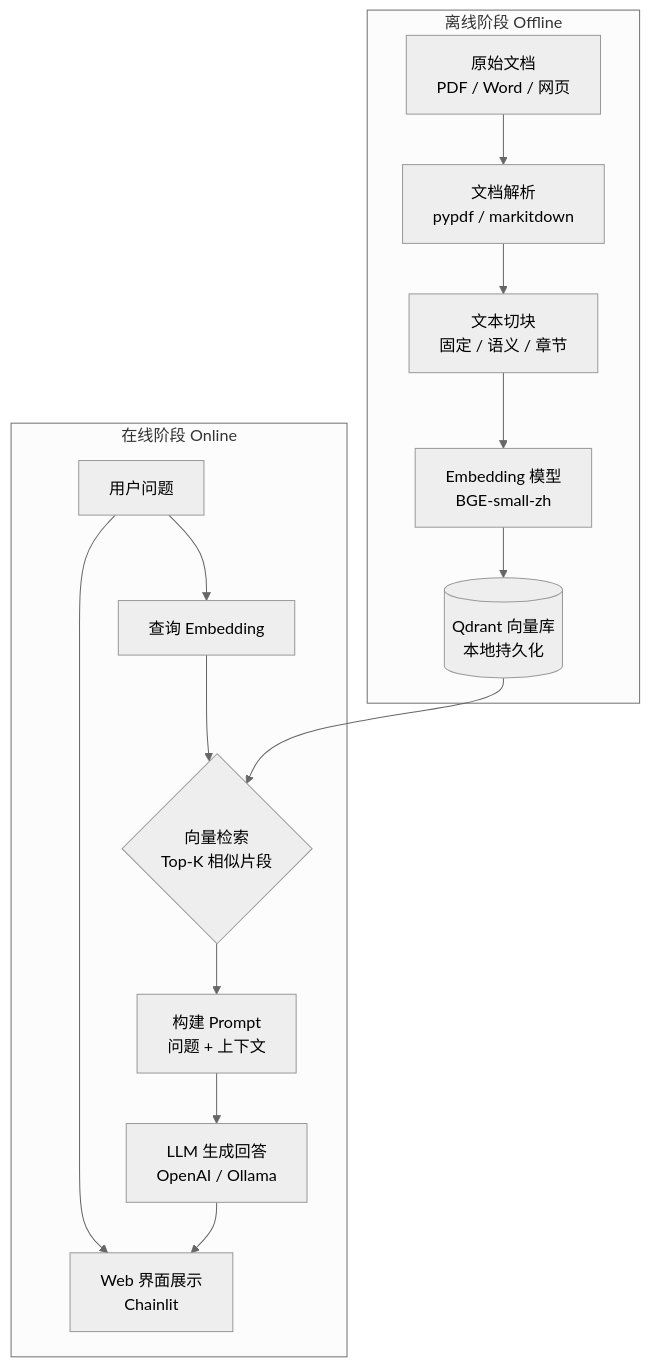
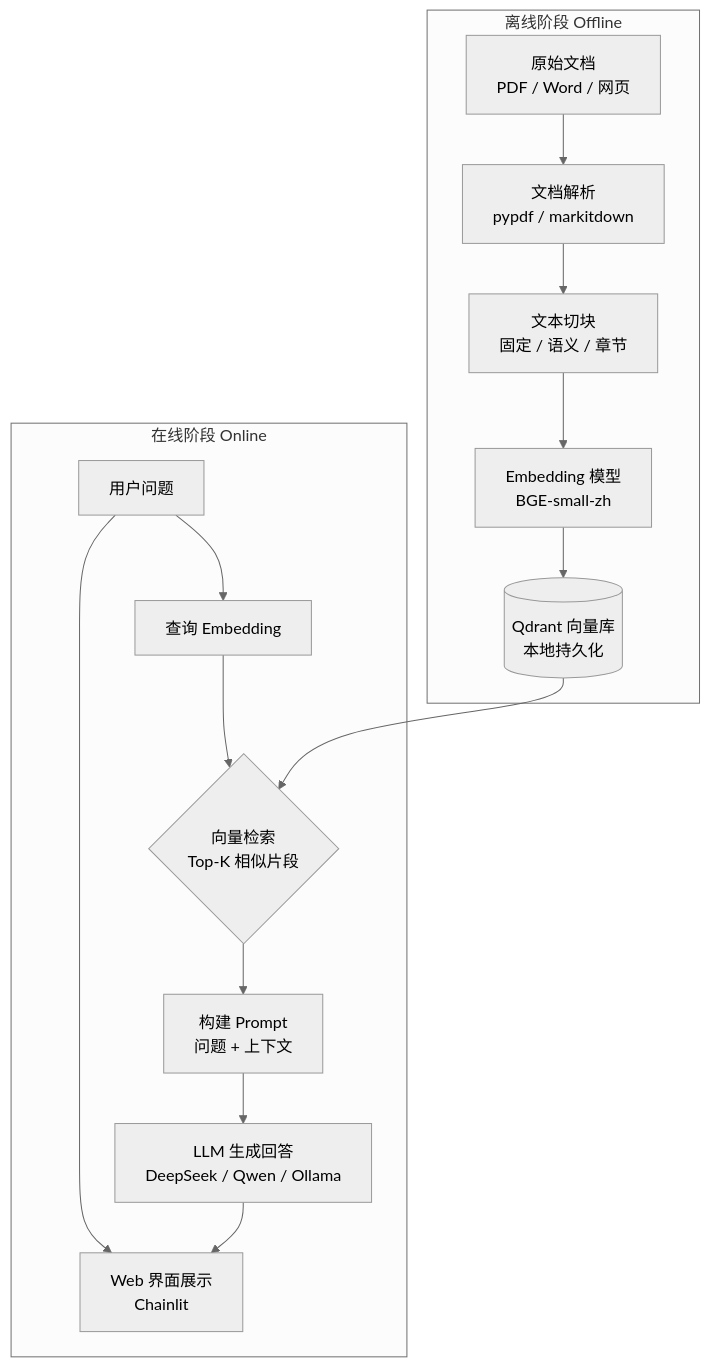
Before and after one commit to swf2020/AI-Agent-in-Practice: the diagram in docs/AI Agent 与大模型应用开发实战手册/第二章 RAG（检索增强生成）/2.4 【动手】从零搭建本地知识库问答系统.md, drawn with Mermaid (neutral theme). The commit also changed other lines of this file and 40 other files, not shown here.

````diff
--- a/docs/AI Agent 与大模型应用开发实战手册/第二章 RAG（检索增强生成）/2.4 【动手】从零搭建本地知识库问答系统.md
+++ b/docs/AI Agent 与大模型应用开发实战手册/第二章 RAG（检索增强生成）/2.4 【动手】从零搭建本地知识库问答系统.md
@@ -18,20 +18,20 @@
 ```mermaid
 graph TD
     subgraph 离线阶段 Offline
         A[原始文档<br/>PDF / Word / 网页] --> B[文档解析<br/>pypdf / markitdown]
         B --> C[文本切块<br/>固定 / 语义 / 章节]
         C --> D[Embedding 模型<br/>BGE-small-zh]
         D --> E[(Qdrant 向量库<br/>本地持久化)]
     end
 
     subgraph 在线阶段 Online
         F[用户问题] --> G[查询 Embedding]
         G --> H{向量检索<br/>Top-K 相似片段}
         E --> H
         H --> I[构建 Prompt<br/>问题 + 上下文]
-        I --> J[LLM 生成回答<br/>OpenAI / Ollama]
+        I --> J[LLM 生成回答<br/>DeepSeek / Qwen / Ollama]
         J --> K[Web 界面展示<br/>Chainlit]
     end
 
     F --> K
 ```
````
